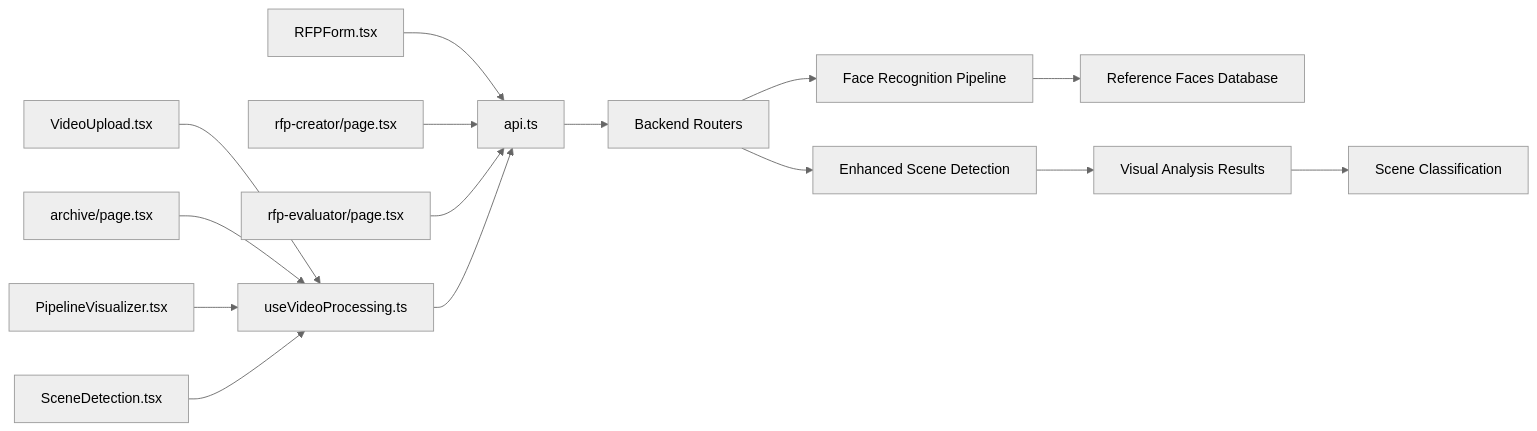
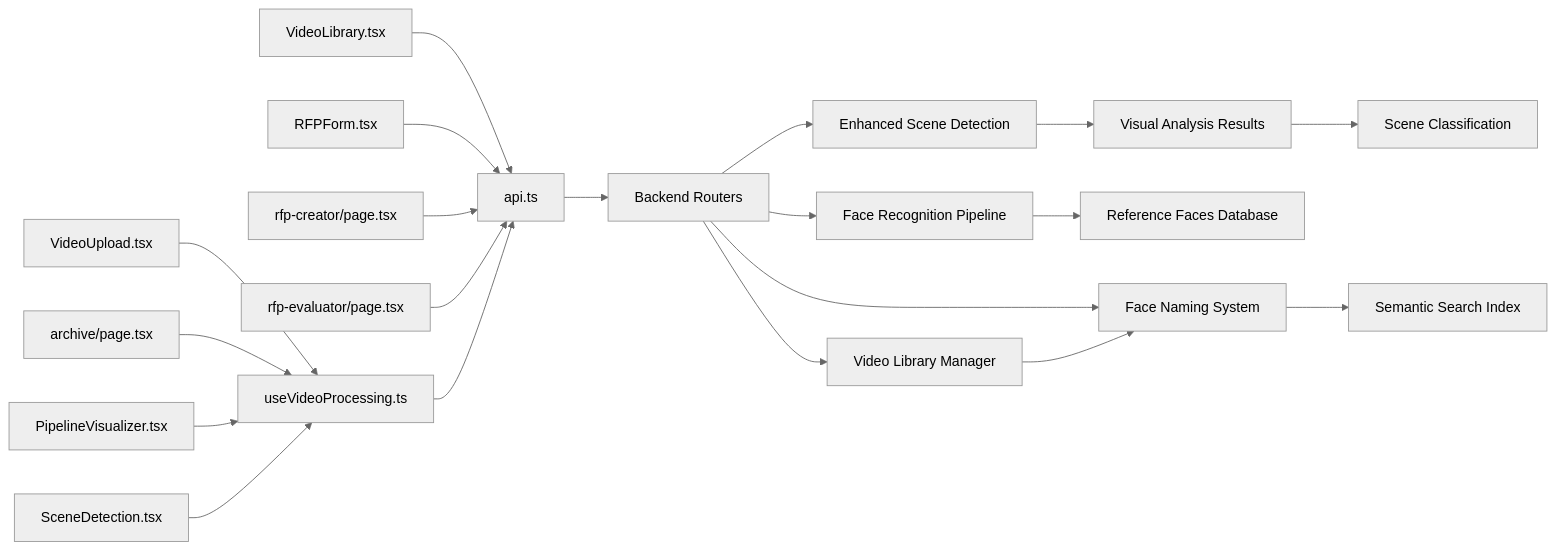
One commit to alexandreybasta-cyber/dubai-media-ai changed the third of 3 diagrams in .qoder/repowiki/en/content/Frontend Application/API Integration & State Management.md. Above: the diagram before and after it, drawn with Mermaid (neutral theme). The commit also changed other lines of this file and 49 other files, not shown here.

````diff
--- a/.qoder/repowiki/en/content/Frontend Application/API Integration & State Management.md
+++ b/.qoder/repowiki/en/content/Frontend Application/API Integration & State Management.md
@@ -546,17 +681,22 @@
 ```mermaid
 graph LR
 UI_A["VideoUpload.tsx"] --> Hook["useVideoProcessing.ts"]
 UI_B["archive/page.tsx"] --> Hook
 UI_C["PipelineVisualizer.tsx"] --> Hook
 UI_D["SceneDetection.tsx"] --> Hook
-UI_E["RFPForm.tsx"] --> API["api.ts"]
-UI_F["rfp-creator/page.tsx"] --> API
-UI_G["rfp-evaluator/page.tsx"] --> API
+UI_E["VideoLibrary.tsx"] --> API["api.ts"]
+UI_F["RFPForm.tsx"] --> API
+UI_G["rfp-creator/page.tsx"] --> API
+UI_H["rfp-evaluator/page.tsx"] --> API
 Hook --> API
 API --> Backend["Backend Routers"]
 Backend --> FacePipeline["Face Recognition Pipeline"]
 Backend --> ScenePipeline["Enhanced Scene Detection"]
+Backend --> VideoLibrary["Video Library Manager"]
+Backend --> FaceNaming["Face Naming System"]
 FacePipeline --> ReferenceDB["Reference Faces Database"]
 ScenePipeline --> VisualAnalysis["Visual Analysis Results"]
+VideoLibrary --> FaceNaming
 VisualAnalysis --> SceneTypes["Scene Classification"]
+FaceNaming --> SearchIndex["Semantic Search Index"]
 ```
````
